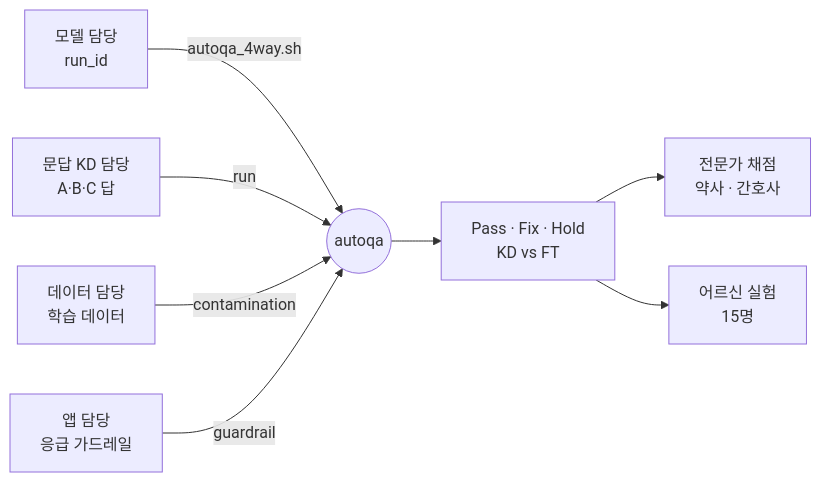
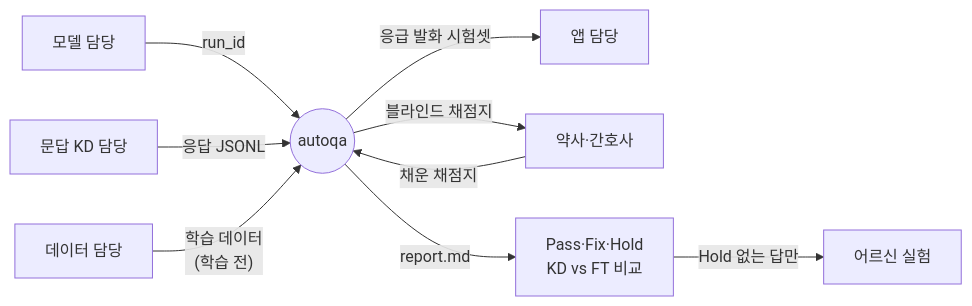
The third of 3 diagrams in README.md (YOONPYOGitHub/knowledge-distillation), drawn with Mermaid before and after one commit. The commit also changed other lines of this file and 21 other files, not shown here.

````diff
--- a/README.md
+++ b/README.md
@@ -59,10 +84,11 @@
 ```mermaid
 flowchart LR
-  M["모델 담당<br/>run_id"] -->|"autoqa_4way.sh"| Q(("autoqa"))
-  K["문답 KD 담당<br/>A·B·C 답"] -->|"run"| Q
-  DA["데이터 담당<br/>학습 데이터"] -->|"contamination"| Q
-  AP["앱 담당<br/>응급 가드레일"] -->|"guardrail"| Q
-  Q --> RP["Pass · Fix · Hold<br/>KD vs FT"]
-  RP --> EX["전문가 채점<br/>약사 · 간호사"]
-  RP --> US["어르신 실험<br/>15명"]
+  M["모델 담당"] -->|"run_id"| Q(("autoqa"))
+  K["문답 KD 담당"] -->|"응답 JSONL"| Q
+  DA["데이터 담당"] -->|"학습 데이터<br/>(학습 전)"| Q
+  Q -->|"응급 발화 시험셋"| AP["앱 담당"]
+  Q -->|"블라인드 채점지"| EX["약사·간호사"]
+  EX -->|"채운 채점지"| Q
+  Q -->|"report.md"| RP["Pass·Fix·Hold<br/>KD vs FT 비교"]
+  RP -->|"Hold 없는 답만"| US["어르신 실험"]
 ```
````
